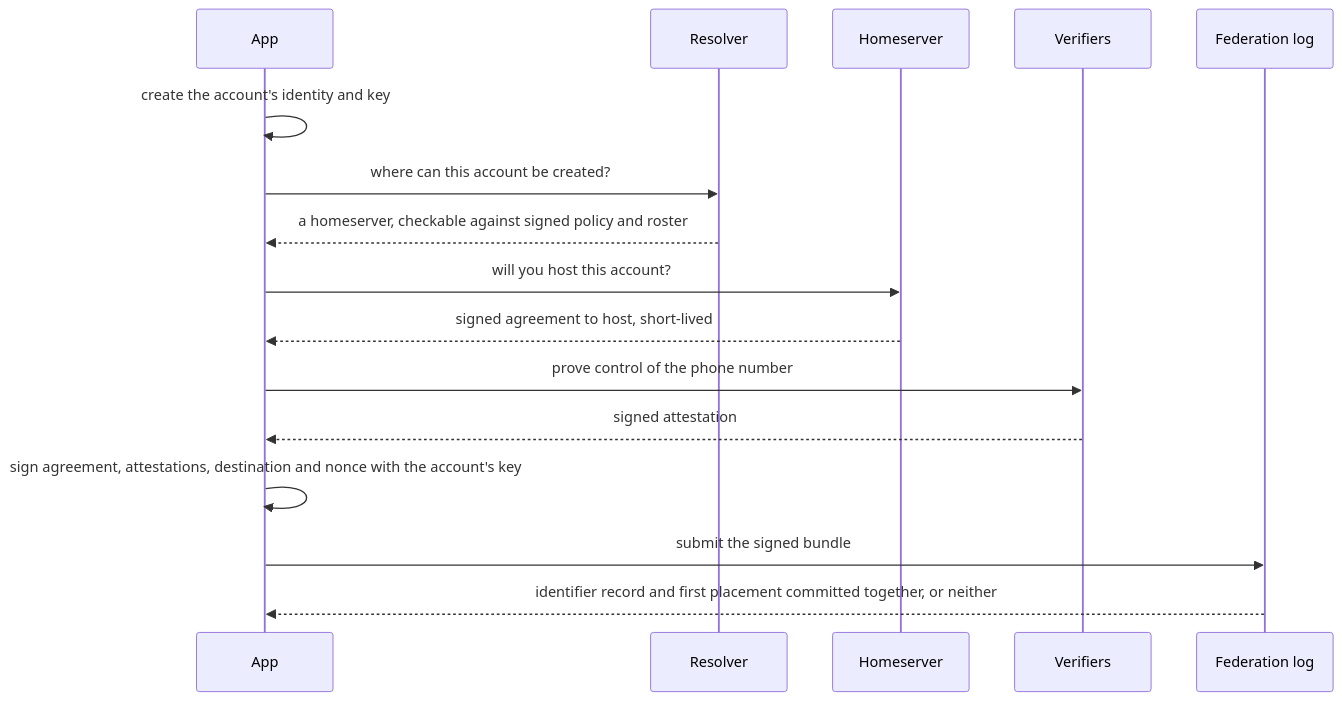
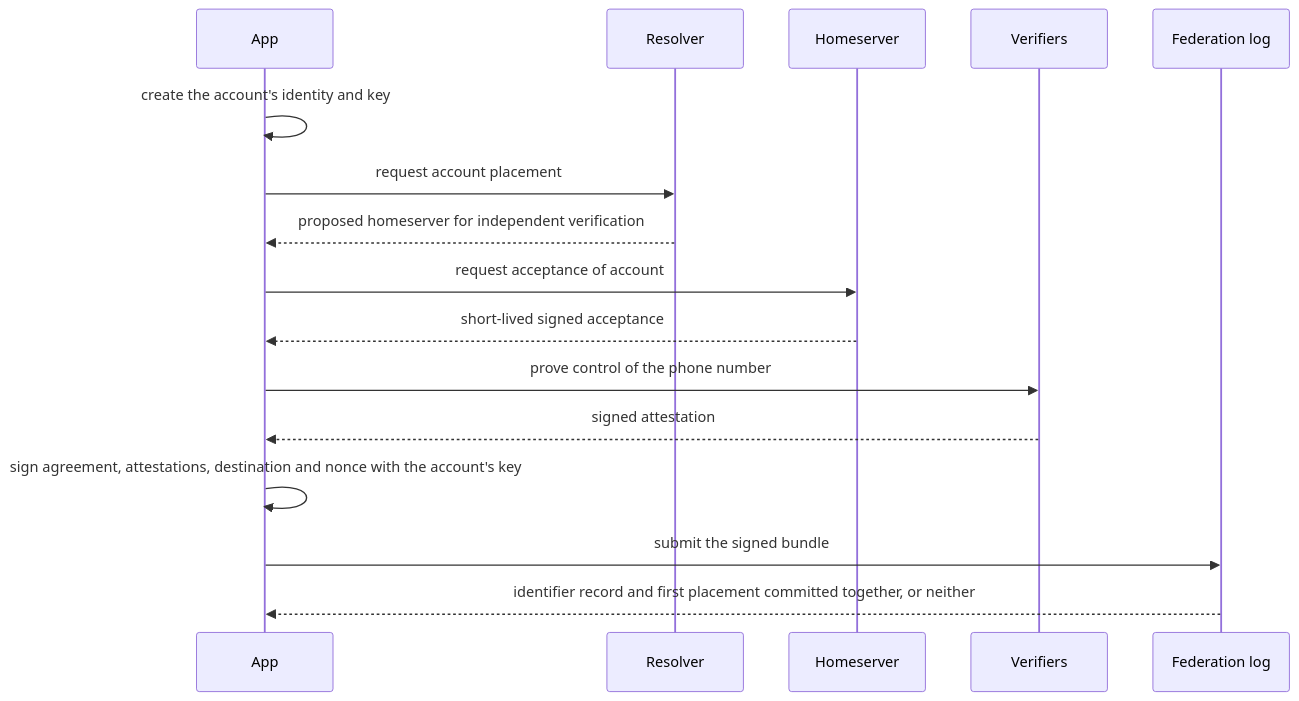
Before and after one commit to Gua-ra/gua-resolver: the first of 2 diagrams in docs/architecture/planned-federation-work.md, drawn with Mermaid. The commit also changed other lines of this file and 2 other files, not shown here.

First line of the commit message:
Simplify documentation and clarify federation policy

````diff
--- a/docs/architecture/planned-federation-work.md
+++ b/docs/architecture/planned-federation-work.md
@@ -28,18 +28,18 @@
 ```mermaid
 sequenceDiagram
     participant App
     participant Resolver
     participant HS as Homeserver
     participant V as Verifiers
     participant Log as Federation log
     App->>App: create the account's identity and key
-    App->>Resolver: where can this account be created?
-    Resolver-->>App: a homeserver, checkable against signed policy and roster
-    App->>HS: will you host this account?
-    HS-->>App: signed agreement to host, short-lived
+    App->>Resolver: request account placement
+    Resolver-->>App: proposed homeserver for independent verification
+    App->>HS: request acceptance of account
+    HS-->>App: short-lived signed acceptance
     App->>V: prove control of the phone number
     V-->>App: signed attestation
     App->>App: sign agreement, attestations, destination and nonce with the account's key
     App->>Log: submit the signed bundle
     Log-->>App: identifier record and first placement committed together, or neither
 ```
````
